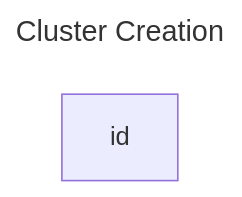
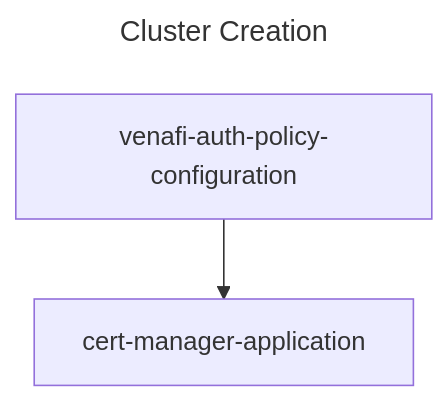
Before and after one commit to mmwillingham/acm: the diagram in test-mermaid/test-mermaid.build.md, drawn with Mermaid.

````diff
--- a/test-mermaid/test-mermaid.build.md
+++ b/test-mermaid/test-mermaid.build.md
@@ -1,7 +1,7 @@
 ```mermaid
 ---
 title: Cluster Creation
 ---
 flowchart TD
-    id
+    venafi-auth-policy-configuration --> cert-manager-application
 ```
````
